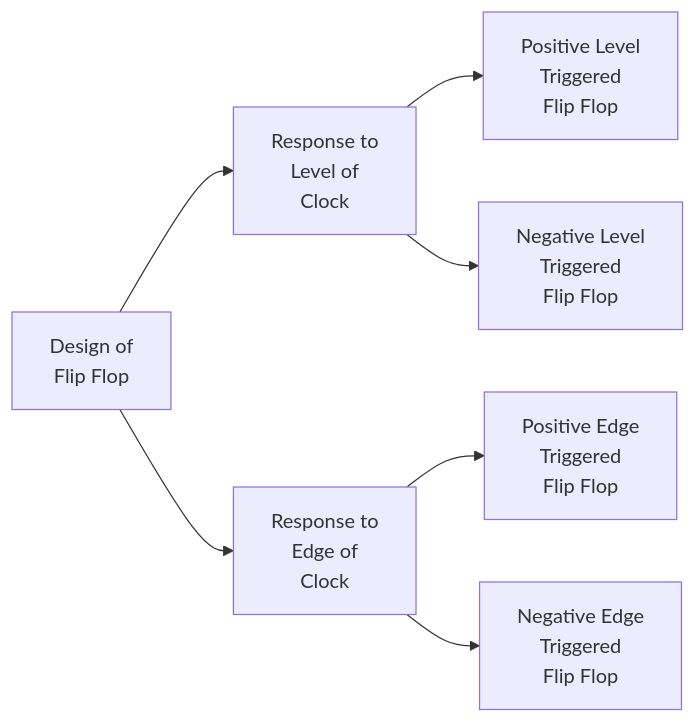
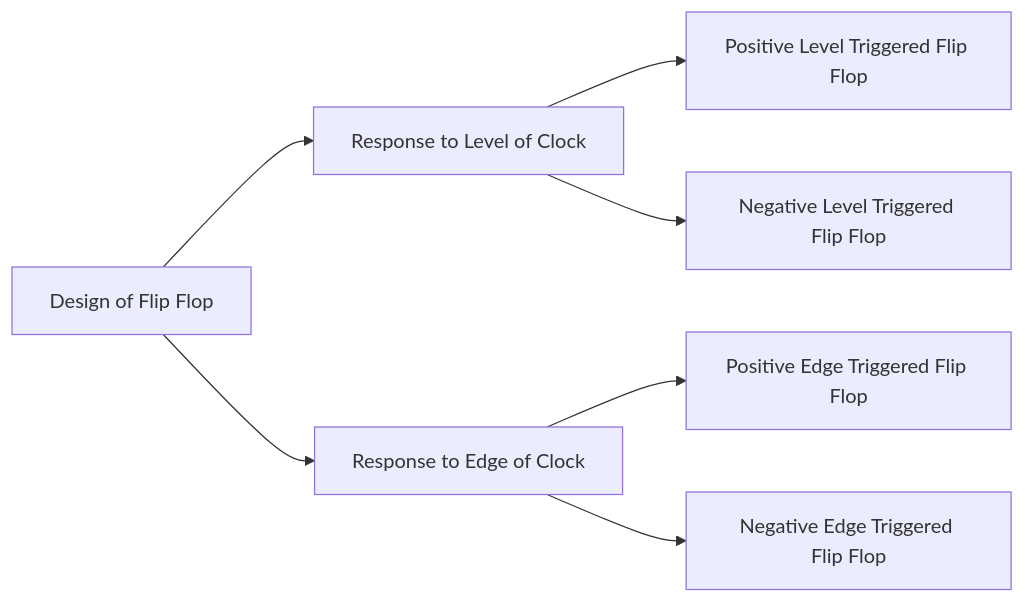
One commit to supremeimposter/My-Vault changed the diagram in GATE/Digital-Logic/Sequential Circuits/Design of Flip Flops.md. Above: the diagram before and after it, drawn with Mermaid. The commit also changed 12 other files, not shown here.

````diff
--- a/GATE/Digital-Logic/Sequential Circuits/Design of Flip Flops.md
+++ b/GATE/Digital-Logic/Sequential Circuits/Design of Flip Flops.md
@@ -16,9 +16,9 @@
 ```mermaid
 flowchart LR
-A[Design of\nFlip Flop] --> B[Response to\nLevel of\nClock]
-A --> C[Response to\nEdge of\nClock]
-B --> D[Positive Level\nTriggered \nFlip Flop]
-B --> E[Negative Level\nTriggered \nFlip Flop]
-C --> F[Positive Edge\nTriggered \nFlip Flop]
-C --> G[Negative Edge\nTriggered \nFlip Flop]
+A[Design of Flip Flop] --> B[Response to Level of Clock]
+A --> C[Response to Edge of Clock]
+B --> D[Positive Level Triggered Flip Flop]
+B --> E[Negative Level Triggered Flip Flop]
+C --> F[Positive Edge Triggered Flip Flop]
+C --> G[Negative Edge Triggered Flip Flop]
 ```
````
